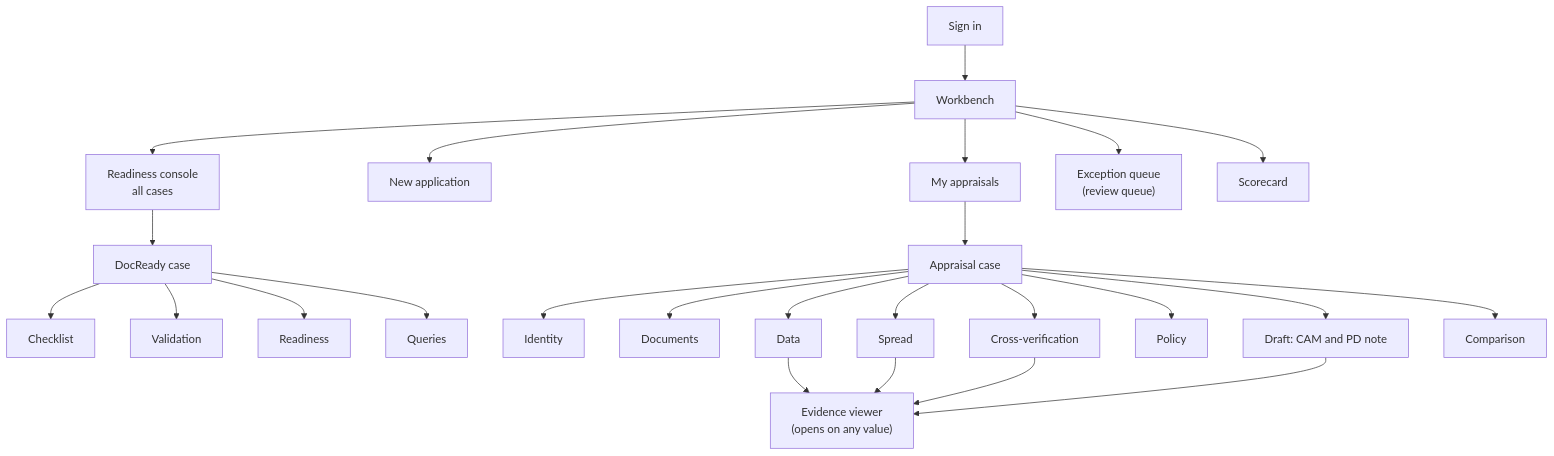
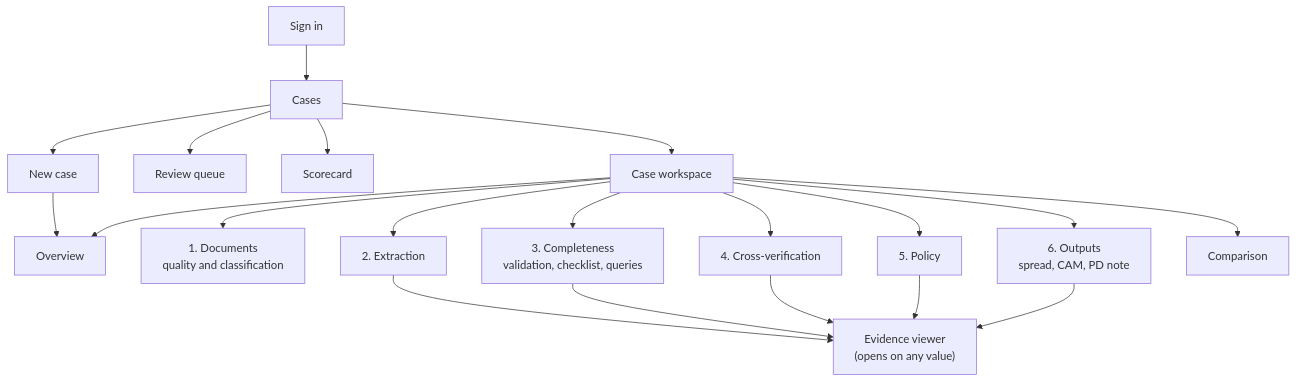
The second of 12 diagrams in docs/functional-requirements.md (kunal-s/creditiq-poc), drawn with Mermaid before and after one commit. The commit also changed other lines of this file, not shown here.

First line of the commit message:
docs(frd): one case workspace in processing order (v3.1)

````diff
--- a/docs/functional-requirements.md
+++ b/docs/functional-requirements.md
@@ -187,27 +202,22 @@
 ```mermaid
 flowchart TB
-  SI["Sign in"] --> WB["Workbench"]
-  WB --> AP["My appraisals"]
-  WB --> NA["New application"]
-  WB --> RC["Readiness console<br/>all cases"]
-  WB --> EQ["Exception queue<br/>(review queue)"]
-  WB --> SC["Scorecard"]
-  RC --> DR["DocReady case"]
-  DR --> D1["Checklist"]
-  DR --> D2["Validation"]
-  DR --> D3["Readiness"]
-  DR --> D4["Queries"]
-  AP --> AW["Appraisal case"]
-  AW --> A1["Identity"]
-  AW --> A2["Documents"]
-  AW --> A3["Data"]
-  AW --> A4["Spread"]
-  AW --> A5["Cross-verification"]
-  AW --> A6["Policy"]
-  AW --> A7["Draft: CAM and PD note"]
-  AW --> A8["Comparison"]
-  A3 --> EV["Evidence viewer<br/>(opens on any value)"]
-  A4 --> EV
-  A5 --> EV
-  A7 --> EV
+  SI["Sign in"] --> CL["Cases"]
+  CL --> NC["New case"]
+  CL --> RQ["Review queue"]
+  CL --> SC["Scorecard"]
+  NC --> OV
+  CL --> CW["Case workspace"]
+  CW --> OV["Overview"]
+  CW --> T1["1. Documents<br/>quality and classification"]
+  CW --> T2["2. Extraction"]
+  CW --> T3["3. Completeness<br/>validation, checklist, queries"]
+  CW --> T4["4. Cross-verification"]
+  CW --> T5["5. Policy"]
+  CW --> T6["6. Outputs<br/>spread, CAM, PD note"]
+  CW --> CM["Comparison"]
+  T2 --> EV["Evidence viewer<br/>(opens on any value)"]
+  T3 --> EV
+  T4 --> EV
+  T5 --> EV
+  T6 --> EV
 ```
````
